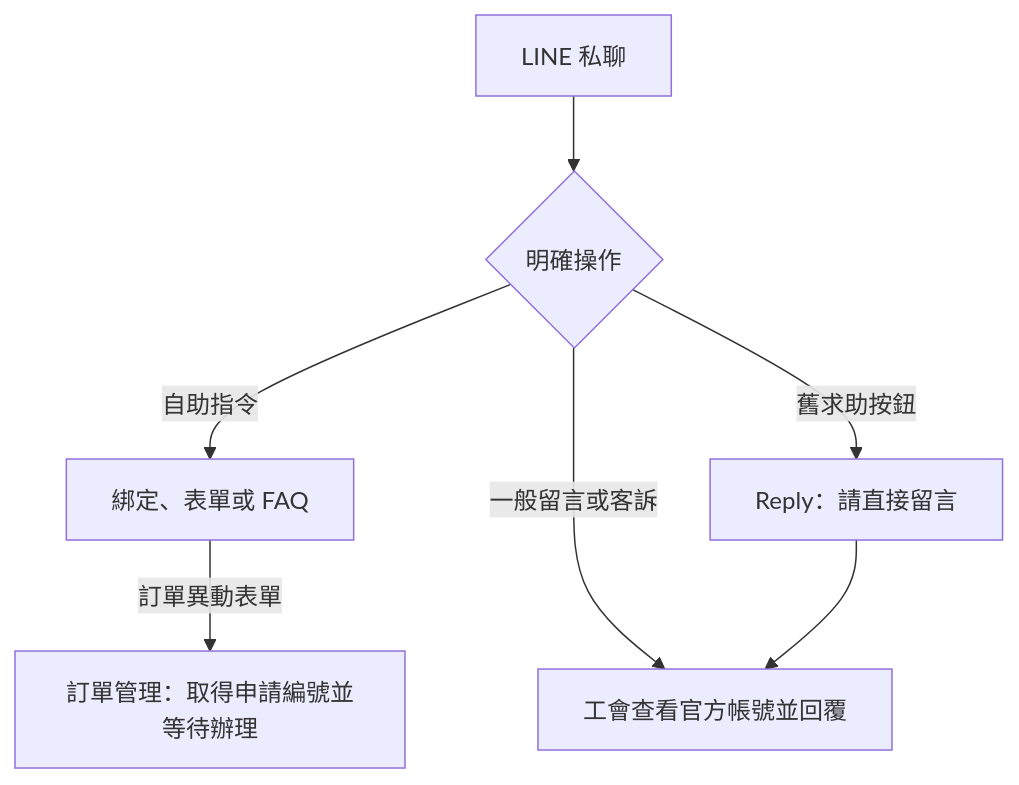
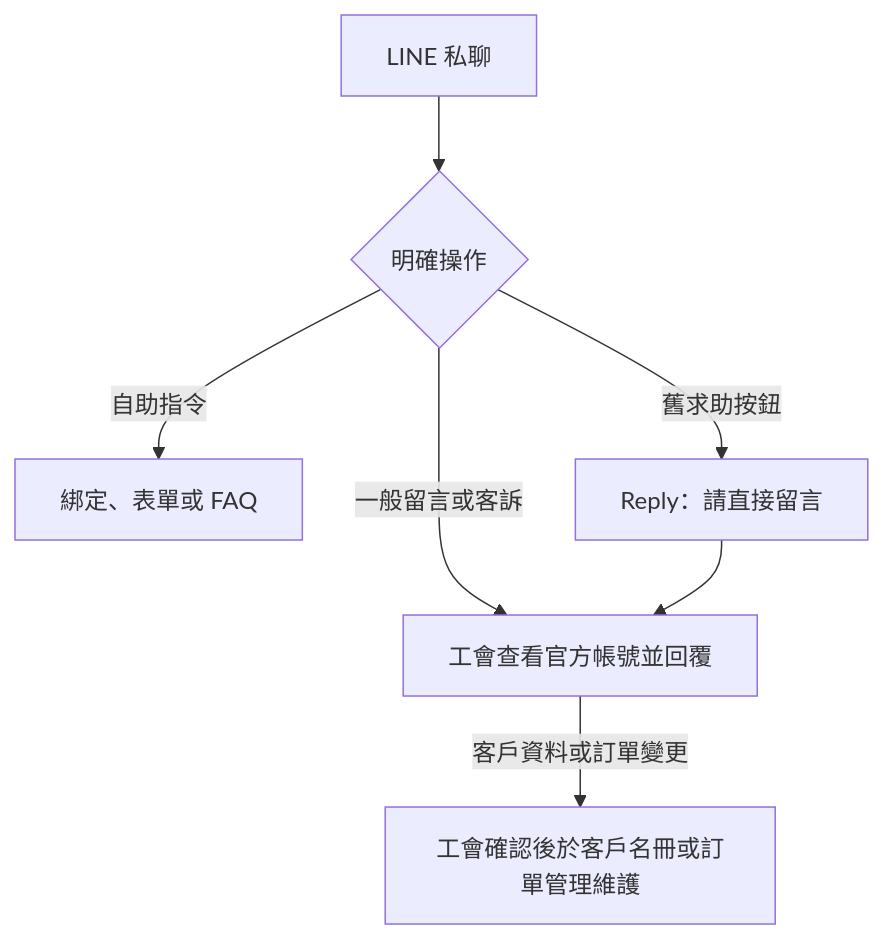
One commit to chrishzc/Labor_union changed the second of 3 diagrams in document/架構重整/01_規格基線/26_LINE四大模組Eraser流程圖轉錄與驗收基線.md. Above: the diagram before and after it, drawn with Mermaid. The commit also changed other lines of this file and 135 other files, not shown here.

````diff
--- a/document/架構重整/01_規格基線/26_LINE四大模組Eraser流程圖轉錄與驗收基線.md
+++ b/document/架構重整/01_規格基線/26_LINE四大模組Eraser流程圖轉錄與驗收基線.md
@@ -92,9 +92,9 @@
 ```mermaid
 flowchart TD
   Msg["LINE 私聊"] --> Kind{"明確操作"}
   Kind -->|自助指令| Guide["綁定、表單或 FAQ"]
   Kind -->|一般留言或客訴| Read["工會查看官方帳號並回覆"]
   Kind -->|舊求助按鈕| Hint["Reply：請直接留言"]
   Hint --> Read
-  Guide -->|訂單異動表單| Request["訂單管理：取得申請編號並等待辦理"]
+  Read -->|客戶資料或訂單變更| Edit["工會確認後於客戶名冊或訂單管理維護"]
 ```
````
